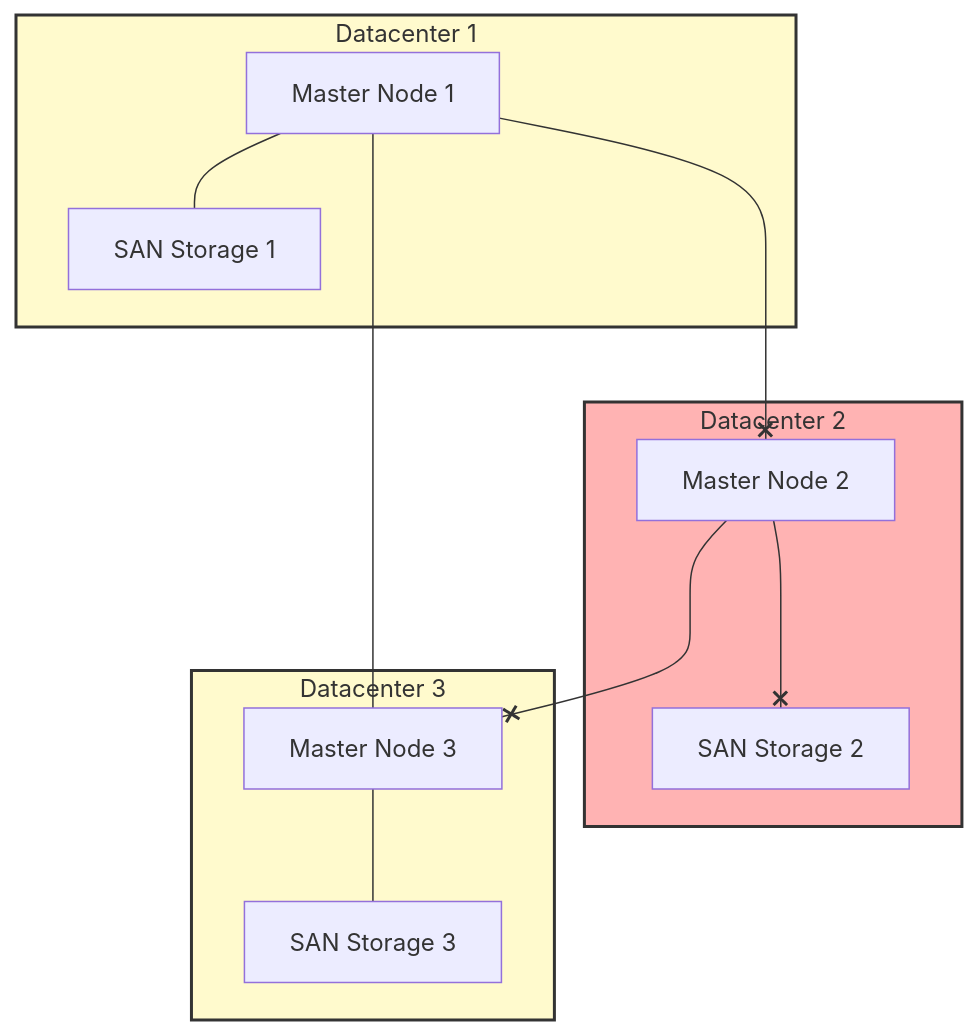
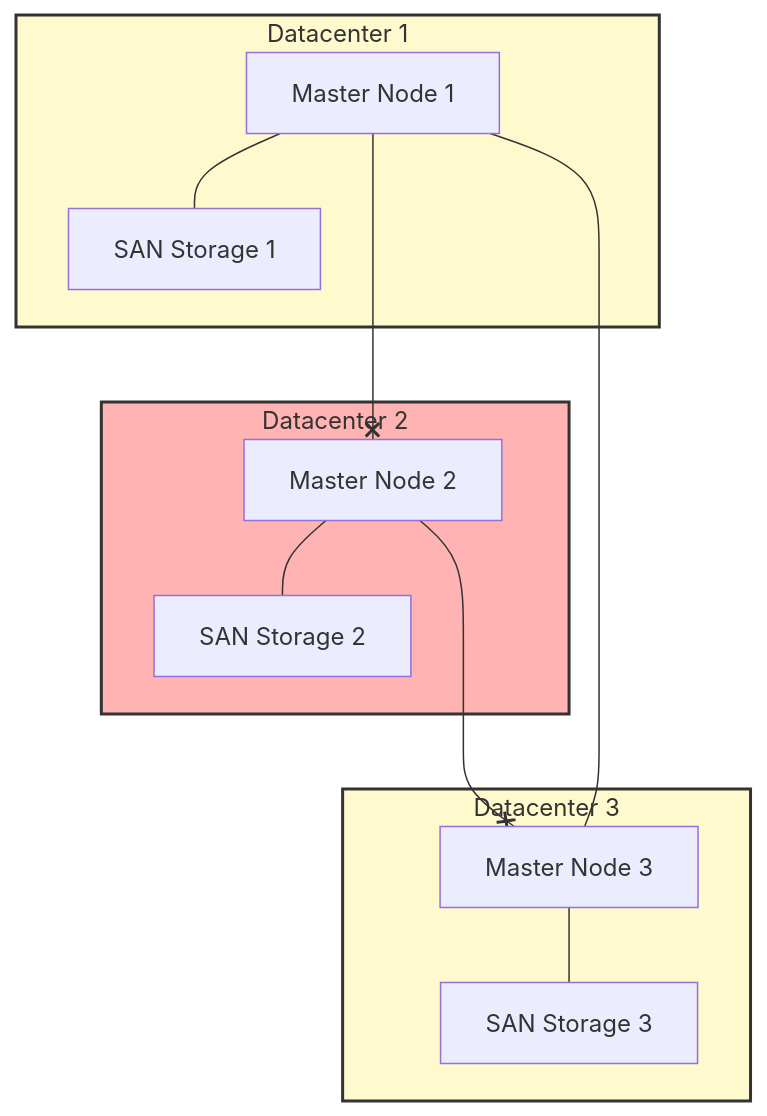
One commit to zokahn/stretchy changed the third of 5 diagrams in README.md. Above: the diagram before and after it, drawn with Mermaid.

````diff
--- a/README.md
+++ b/README.md
@@ -111,29 +111,29 @@
 ```mermaid
 graph TD
     subgraph DC1["Datacenter 1"]
         A[Master Node 1]
         SAN1[SAN Storage 1]
     end
 
     subgraph DC2["Datacenter 2"]
         B[Master Node 2]
         SAN2[SAN Storage 2]
     end
 
     subgraph DC3["Datacenter 3"]
         C[Master Node 3]
         SAN3[SAN Storage 3]
     end
 
     A ---x B
     B ---x C
     C --- A
     A --- SAN1
-    B ---x SAN2
+    B --- SAN2
     C --- SAN3
 
     %% Styling subgraphs by ID
     style DC1 fill:#FFFACD,stroke:#333,stroke-width:2px
     style DC2 fill:#FFB3B3,stroke:#333,stroke-width:2px
     style DC3 fill:#FFFACD,stroke:#333,stroke-width:2px
 ```
````
